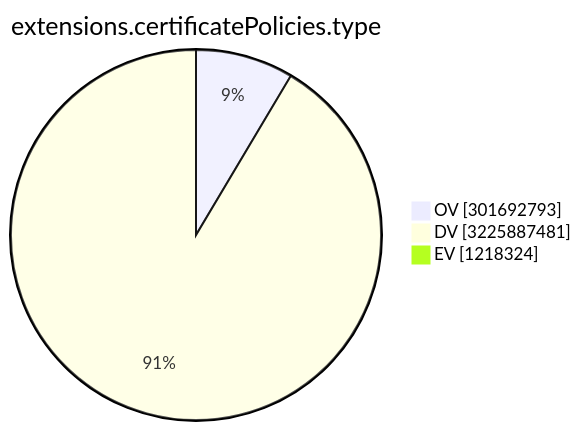
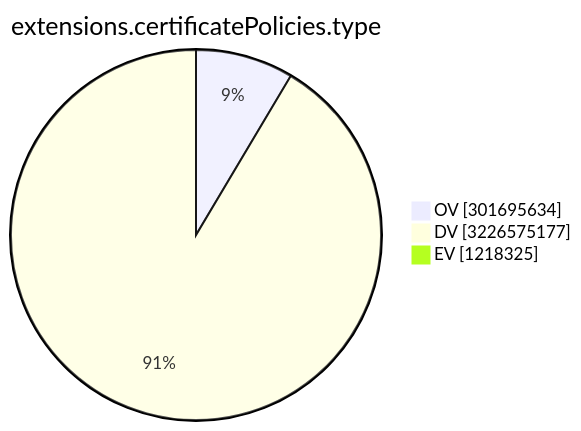
Before and after one commit to christiankrug/ctmonitor_visualization: the ninth of 15 diagrams in TOTAL/README.md, drawn with Mermaid. The commit also changed other lines of this file, not shown here.

````diff
--- a/TOTAL/README.md
+++ b/TOTAL/README.md
@@ -3107,7 +3107,7 @@
 ```mermaid
 pie showData
 title extensions.certificatePolicies.type
-"OV" :301692793
-"DV" :3225887481
-"EV" :1218324
+"OV" :301695634
+"DV" :3226575177
+"EV" :1218325
 ```
````
